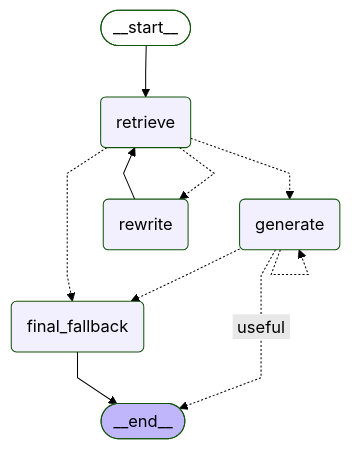
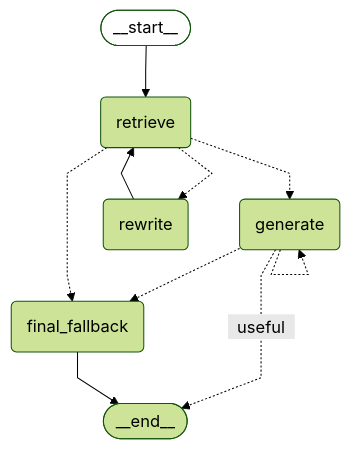
One commit to nantawat23308/graph_agent changed the second of 2 diagrams in README.md. Above: the diagram before and after it, drawn with Mermaid (forest theme). The commit also changed other lines of this file and 10 other files, not shown here.

````diff
--- a/README.md
+++ b/README.md
@@ -74,27 +87,27 @@
 ```mermaid
 ---
 config:
   flowchart:
     curve: linear
 ---
 graph TD;
 	__start__([<p>__start__</p>]):::first
 	retrieve(retrieve)
 	generate(generate)
 	rewrite(rewrite)
 	final_fallback(final_fallback)
 	__end__([<p>__end__</p>]):::last
 	__start__ --> retrieve;
-	generate -. &nbsp;useful&nbsp; .-> __end__;
+	generate -. &nbsp useful &nbsp .-> __end__;
 	generate -.-> final_fallback;
 	retrieve -.-> final_fallback;
 	retrieve -.-> generate;
 	retrieve -.-> rewrite;
 	rewrite --> retrieve;
 	final_fallback --> __end__;
 	generate -.-> generate;
-	classDef default fill:#f2f0ff,line-height:1.2
+	classDef default fill:#f2f0f,line-height:1.2
 	classDef first fill-opacity:0
-	classDef last fill:#bfb6fc
+	classDef last fill:#bfb6f
 
 ```
````
